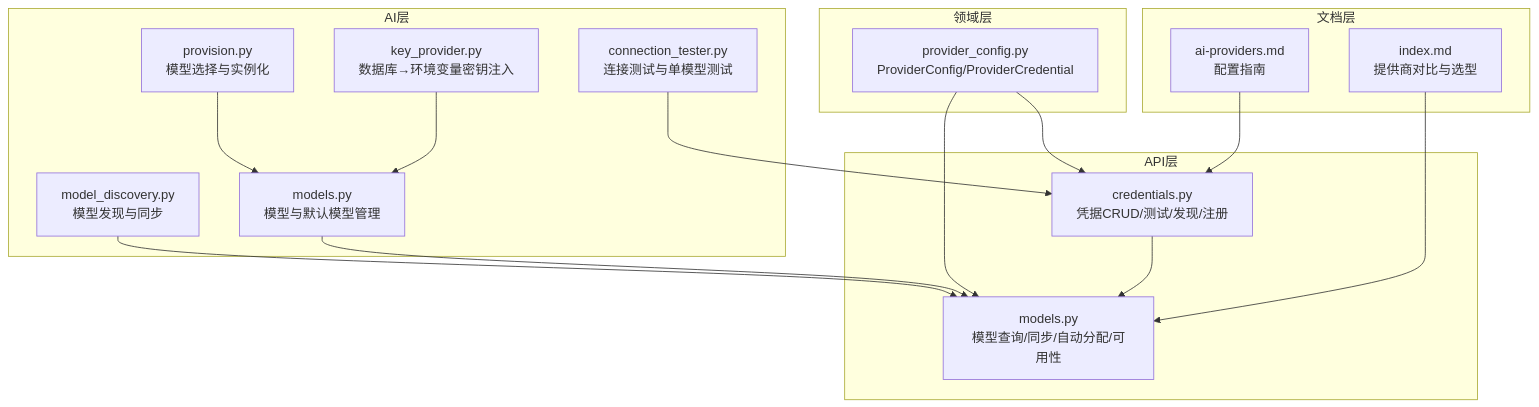
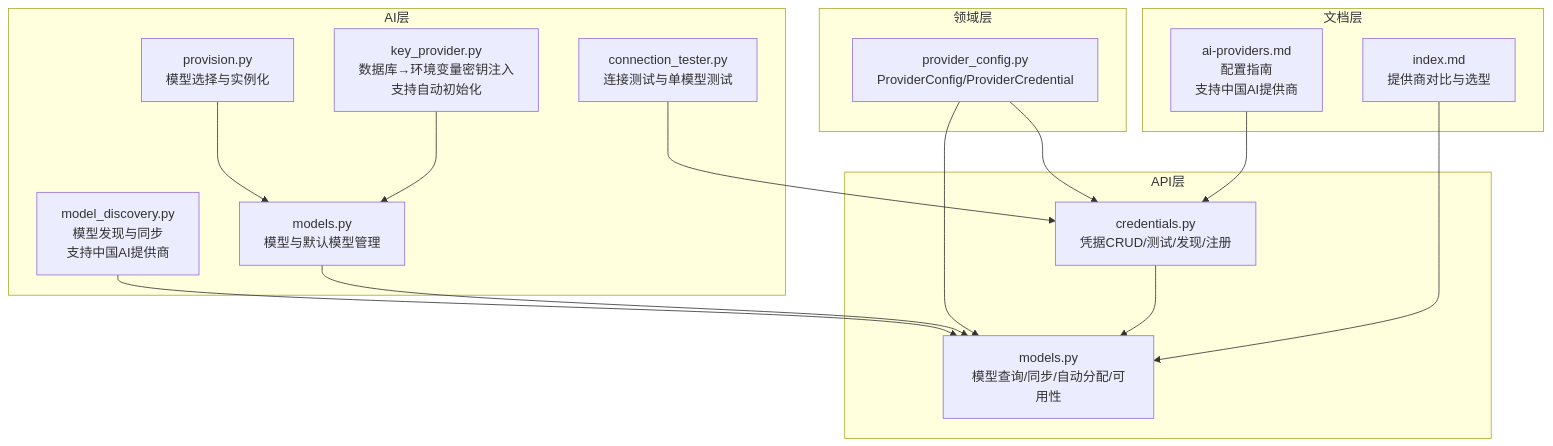
One commit to jackeyunjie/open-notebook changed the first of 9 diagrams in .qoder/repowiki/zh/content/AI提供商配置/提供商管理与切换.md. Above: the diagram before and after it, drawn with Mermaid. The commit also changed other lines of this file and 89 other files, not shown here.

````diff
--- a/.qoder/repowiki/zh/content/AI提供商配置/提供商管理与切换.md
+++ b/.qoder/repowiki/zh/content/AI提供商配置/提供商管理与切换.md
@@ -40,31 +51,31 @@
 ```mermaid
 graph TB
 subgraph "AI层"
 A1["provision.py<br/>模型选择与实例化"]
-A2["model_discovery.py<br/>模型发现与同步"]
+A2["model_discovery.py<br/>模型发现与同步<br/>支持中国AI提供商"]
 A3["connection_tester.py<br/>连接测试与单模型测试"]
-A4["key_provider.py<br/>数据库→环境变量密钥注入"]
+A4["key_provider.py<br/>数据库→环境变量密钥注入<br/>支持自动初始化"]
 A5["models.py<br/>模型与默认模型管理"]
 end
 subgraph "领域层"
 D1["provider_config.py<br/>ProviderConfig/ProviderCredential"]
 end
 subgraph "API层"
 P1["credentials.py<br/>凭据CRUD/测试/发现/注册"]
 P2["models.py<br/>模型查询/同步/自动分配/可用性"]
 end
 subgraph "文档层"
-U1["ai-providers.md<br/>配置指南"]
+U1["ai-providers.md<br/>配置指南<br/>支持中国AI提供商"]
 U2["index.md<br/>提供商对比与选型"]
 end
 A1 --> A5
 A2 --> P2
 A3 --> P1
 A4 --> A5
 A5 --> P2
 D1 --> P1
 D1 --> P2
 P1 --> P2
 U1 --> P1
 U2 --> P2
 ```
````
